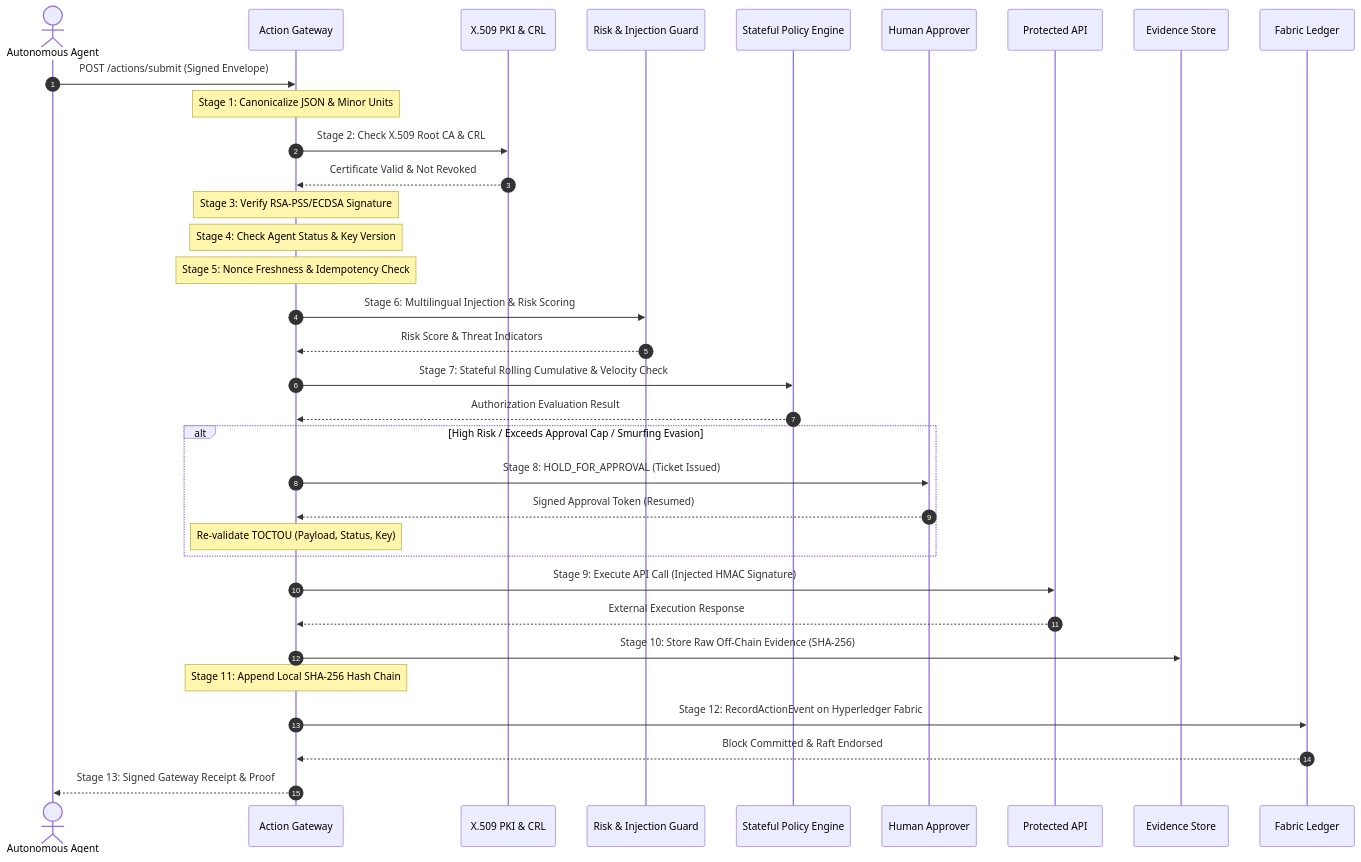
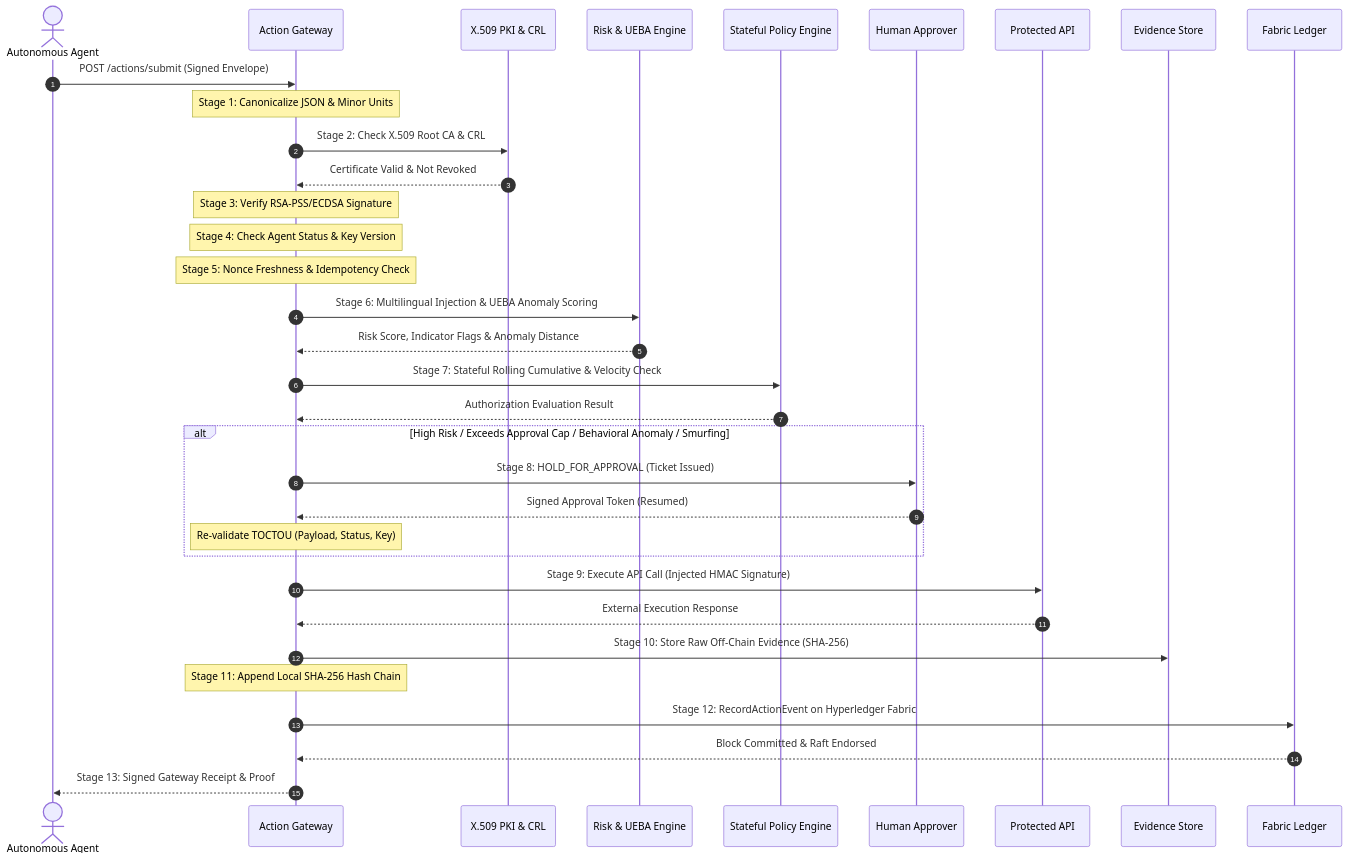
One commit to venkatesh0029/AgentTrust changed the second of 2 diagrams in README.md. Above: the diagram before and after it, drawn with Mermaid. The commit also changed other lines of this file and 8 other files, not shown here.

Commit message:
docs: modernize README with rich console UI screenshots, delegation graph, and UEBA behavioral intelligence architecture

````diff
--- a/README.md
+++ b/README.md
@@ -191,37 +211,37 @@
 ```mermaid
 sequenceDiagram
     autonumber
     actor Agent as Autonomous Agent
     participant GW as Action Gateway
     participant PKI as X.509 PKI & CRL
-    participant Risk as Risk & Injection Guard
+    participant Risk as Risk & UEBA Engine
     participant Pol as Stateful Policy Engine
     participant HITL as Human Approver
     participant API as Protected API
     participant Ev as Evidence Store
     participant Led as Fabric Ledger
 
     Agent->>GW: POST /actions/submit (Signed Envelope)
     Note over GW: Stage 1: Canonicalize JSON & Minor Units
     GW->>PKI: Stage 2: Check X.509 Root CA & CRL
     PKI-->>GW: Certificate Valid & Not Revoked
     Note over GW: Stage 3: Verify RSA-PSS/ECDSA Signature
     Note over GW: Stage 4: Check Agent Status & Key Version
     Note over GW: Stage 5: Nonce Freshness & Idempotency Check
-    GW->>Risk: Stage 6: Multilingual Injection & Risk Scoring
-    Risk-->>GW: Risk Score & Threat Indicators
+    GW->>Risk: Stage 6: Multilingual Injection & UEBA Anomaly Scoring
+    Risk-->>GW: Risk Score, Indicator Flags & Anomaly Distance
     GW->>Pol: Stage 7: Stateful Rolling Cumulative & Velocity Check
     Pol-->>GW: Authorization Evaluation Result
-    alt High Risk / Exceeds Approval Cap / Smurfing Evasion
+    alt High Risk / Exceeds Approval Cap / Behavioral Anomaly / Smurfing
         GW->>HITL: Stage 8: HOLD_FOR_APPROVAL (Ticket Issued)
         HITL-->>GW: Signed Approval Token (Resumed)
         Note over GW: Re-validate TOCTOU (Payload, Status, Key)
     end
     GW->>API: Stage 9: Execute API Call (Injected HMAC Signature)
     API-->>GW: External Execution Response
     GW->>Ev: Stage 10: Store Raw Off-Chain Evidence (SHA-256)
     Note over GW: Stage 11: Append Local SHA-256 Hash Chain
     GW->>Led: Stage 12: RecordActionEvent on Hyperledger Fabric
     Led-->>GW: Block Committed & Raft Endorsed
     GW-->>Agent: Stage 13: Signed Gateway Receipt & Proof
 ```
````
